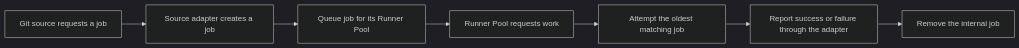
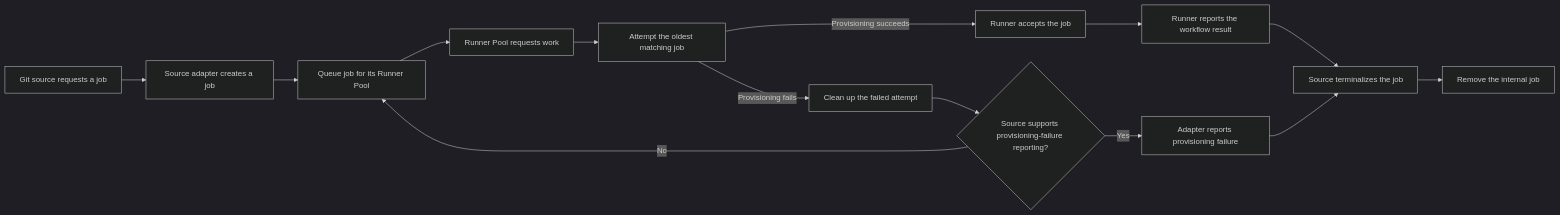
The diagram in docs/PRD.md (stateshifters/runnerfoundry), drawn with Mermaid (dark theme) before and after one commit. The commit also changed other lines of this file and 77 other files, not shown here.

````diff
--- a/docs/PRD.md
+++ b/docs/PRD.md
@@ -26,9 +26,16 @@
 ```mermaid
 flowchart LR
     Source["Git source requests a job"] --> Adapter["Source adapter creates a job"]
     Adapter --> Queue["Queue job for its Runner Pool"]
     Queue --> Work["Runner Pool requests work"]
     Work --> Execute["Attempt the oldest matching job"]
-    Execute --> Report["Report success or failure through the adapter"]
-    Report --> Remove["Remove the internal job"]
+    Execute -->|Provisioning succeeds| Accept["Runner accepts the job"]
+    Accept --> Report["Runner reports the workflow result"]
+    Report --> Terminal["Source terminalizes the job"]
+    Terminal --> Remove["Remove the internal job"]
+    Execute -->|Provisioning fails| Cleanup["Clean up the failed attempt"]
+    Cleanup --> Supported{"Source supports provisioning-failure reporting?"}
+    Supported -->|No| Queue
+    Supported -->|Yes| Failure["Adapter reports provisioning failure"]
+    Failure --> Terminal
 ```
````
